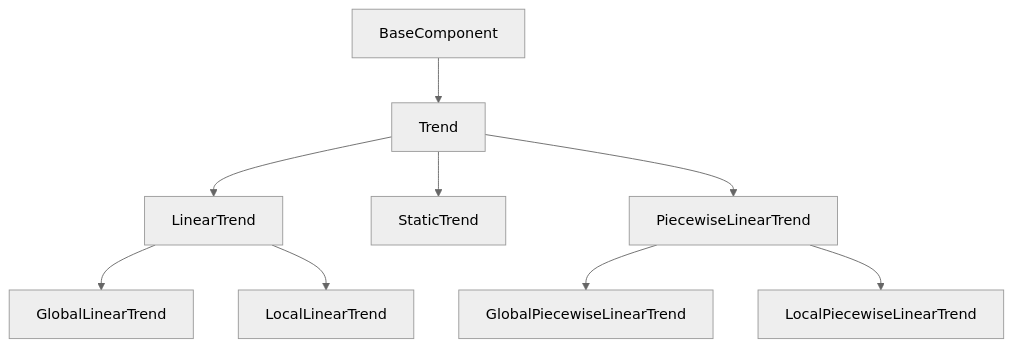
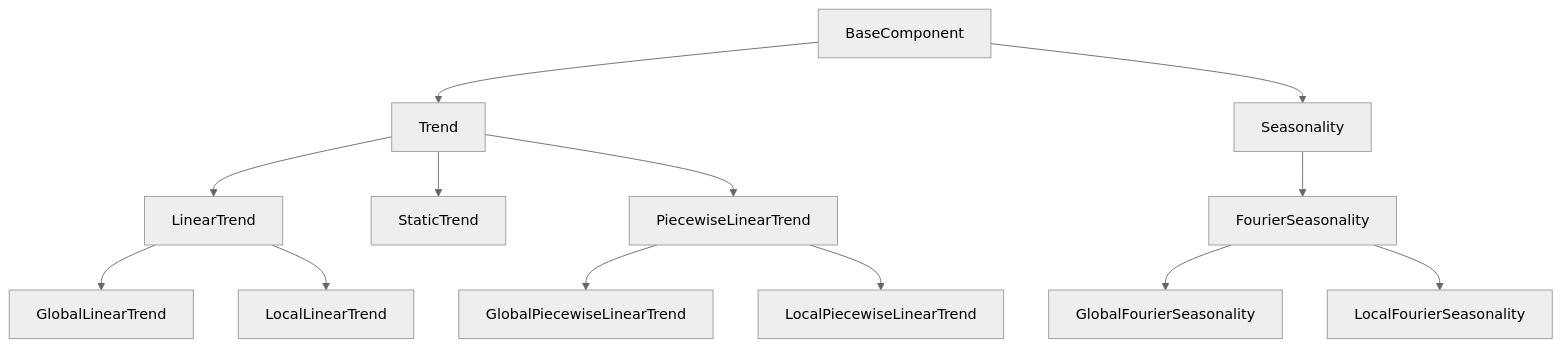
Before and after one commit to ourownstory/neural_prophet: the diagram in neuralprophet/components/README.md, drawn with Mermaid (neutral theme). The commit also changed 8 other files, not shown here.

````diff
--- a/neuralprophet/components/README.md
+++ b/neuralprophet/components/README.md
@@ -4,11 +4,15 @@
 ```mermaid
 flowchart TD
     BaseComponent --> Trend
     Trend --> LinearTrend
     LinearTrend --> GlobalLinearTrend
     LinearTrend --> LocalLinearTrend
     Trend --> StaticTrend
     Trend --> PiecewiseLinearTrend
     PiecewiseLinearTrend --> GlobalPiecewiseLinearTrend
     PiecewiseLinearTrend --> LocalPiecewiseLinearTrend
+    BaseComponent --> Seasonality
+    Seasonality --> FourierSeasonality
+    FourierSeasonality --> GlobalFourierSeasonality
+    FourierSeasonality --> LocalFourierSeasonality
 ```
````
